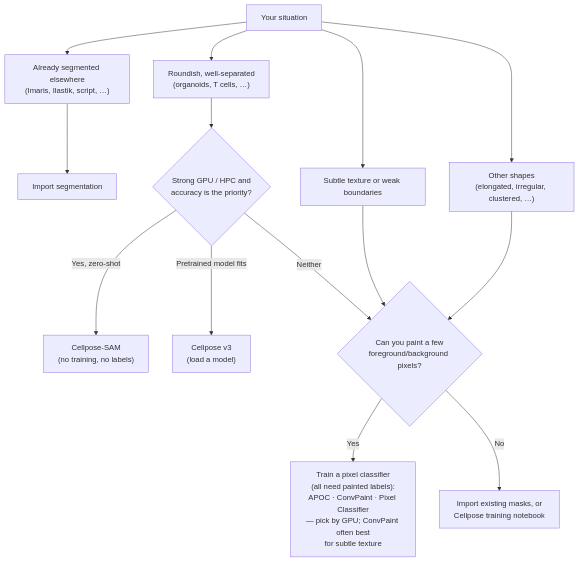
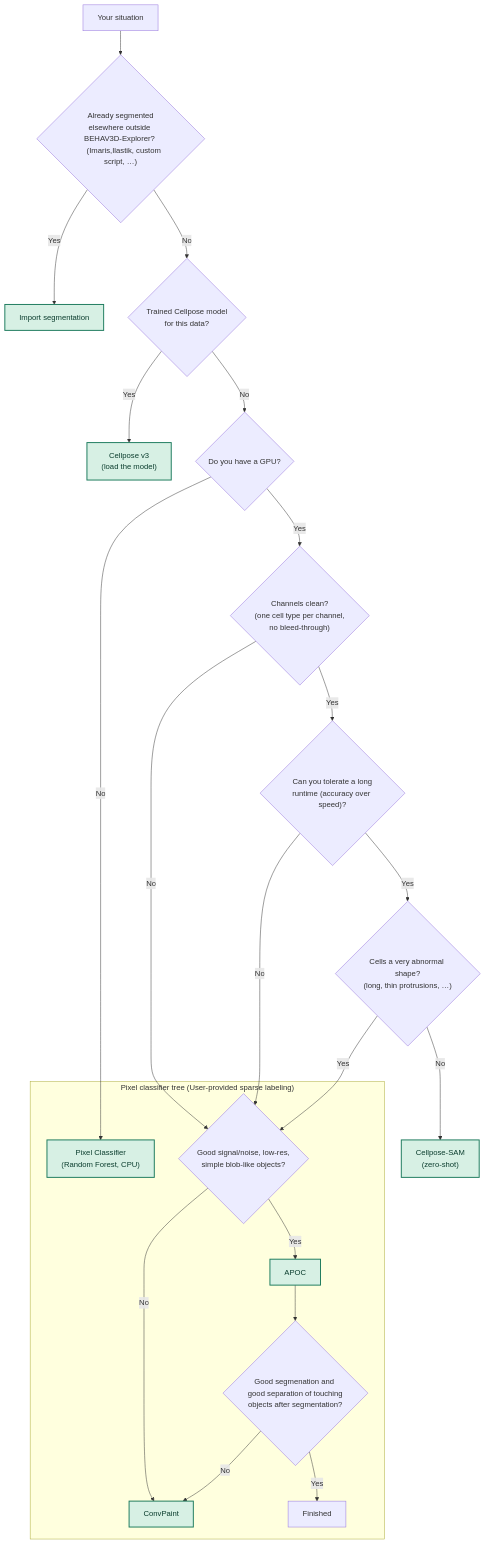
One commit to imAIgene-Dream3D/BEHAV3D changed the diagram in docs/source/processing/segmentation/index.md. Above: the diagram before and after it, drawn with Mermaid. The commit also changed other lines of this file and 5 other files, not shown here.

````diff
--- a/docs/source/processing/segmentation/index.md
+++ b/docs/source/processing/segmentation/index.md
@@ -38,21 +37,35 @@
 ```{mermaid}
 flowchart TD
-    A["Your situation"] --> D["Already segmented elsewhere<br/>(Imaris, Ilastik, script, …)"]
-    D --> J["Import segmentation"]
+    A["Your situation"] --> Q1{"Already segmented<br/>elsewhere outside <br/>BEHAV3D-Explorer? 
+    (Imaris,Ilastik, custom script, …)"}
+    Q1 -- "Yes" --> Import["Import segmentation"]
+    Q1 -- "No" --> Q2{"Trained Cellpose model<br/>for this data?"}
 
-    A --> B["Roundish, well-separated<br/>(organoids, T cells, …)"]
-    A --> C["Subtle texture or weak boundaries"]
-    A --> E["Other shapes<br/>(elongated, irregular, clustered, …)"]
+    Q2 -- "Yes" --> Cellpose["Cellpose v3<br/>(load the model)"]
+    Q2 -- "No" --> QG{"Do you have a GPU?"}
 
-    B --> G{"Strong GPU / HPC and<br/>accuracy is the priority?"}
-    G -- "Yes, zero-shot" --> SAM["Cellpose-SAM<br/>(no training, no labels)"]
-    G -- "Pretrained model fits" --> Cellpose["Cellpose v3<br/>(load a model)"]
-    G -- "Neither" --> L
+    QG -- "No" --> PCrf
+    QG -- "Yes" --> Q3{"Channels clean?<br/>(one cell type per channel,<br/>no bleed-through)"}
 
-    C --> L
-    E --> L
+    Q3 -- "No" --> Q9
+    Q3 -- "Yes" --> Q5{"Can you tolerate a long<br/>runtime (accuracy over speed)?"}
 
-    L{"Can you paint a few<br/>foreground/background pixels?"}
-    L -- "Yes" --> PC["Train a pixel classifier<br/>(all need painted labels):<br/>APOC · ConvPaint · Pixel Classifier<br/>— pick by GPU; ConvPaint often best<br/>for subtle texture"]
-    L -- "No" --> N["Import existing masks, or<br/>Cellpose training notebook"]
+    Q5 -- "No" --> Q9
+    Q5 -- "Yes" --> Q6{"Cells a very abnormal shape?<br/>(long, thin protrusions, …)"}
+
+    Q6 -- "Yes" --> Q9
+    Q6 -- "No" --> SAM["Cellpose-SAM<br/>(zero-shot)"]
+
+    subgraph PC ["Pixel classifier tree (User-provided sparse labeling)"]
+        PCrf["Pixel Classifier<br/>(Random Forest, CPU)"]
+        Q9{"Good signal/noise, low-res,<br/>simple blob-like objects?"}
+        Q9 -- "Yes" --> APOC["APOC"]
+        Q9 -- "No" --> ConvPaint["ConvPaint"]
+        APOC --> Q10{"Good segmenation and good separation of touching<br/>objects after segmentation?"}
+        Q10 -- "Yes" --> Done["Finished"]
+        Q10 -- "No" --> ConvPaint
+    end
+
+    classDef method fill:#d7f0e4,stroke:#1b7a5c,stroke-width:2px,color:#0b3d2e;
+    class Import,Cellpose,SAM,PCrf,APOC,ConvPaint method;
 ```
````
